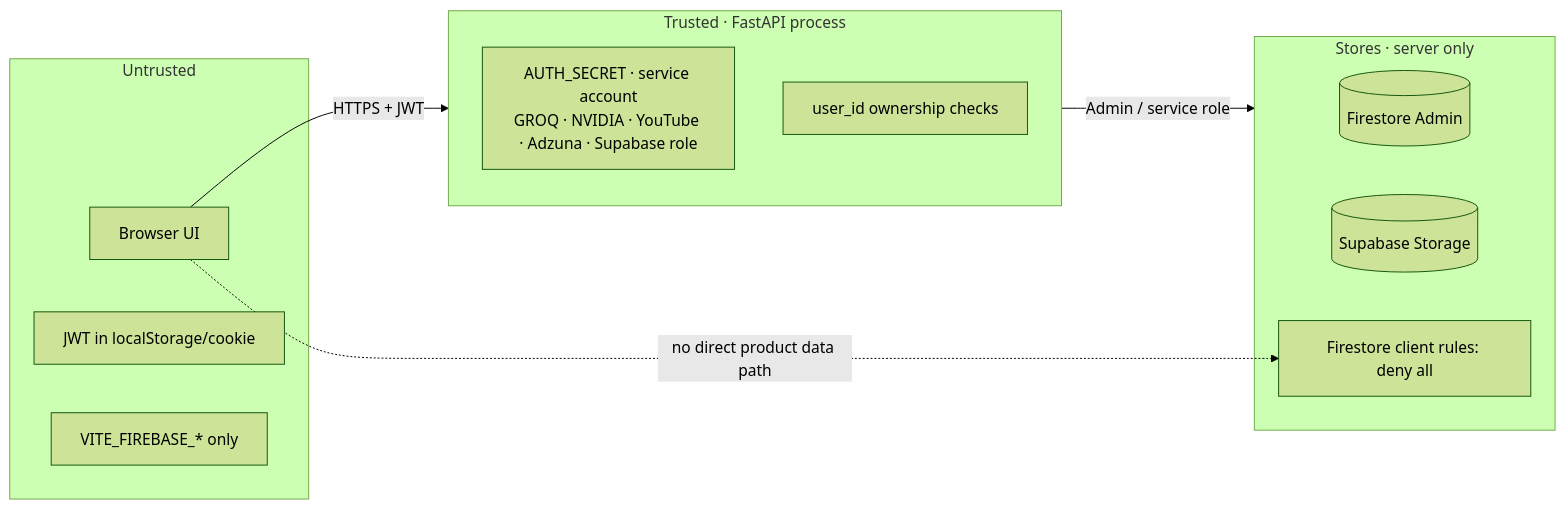
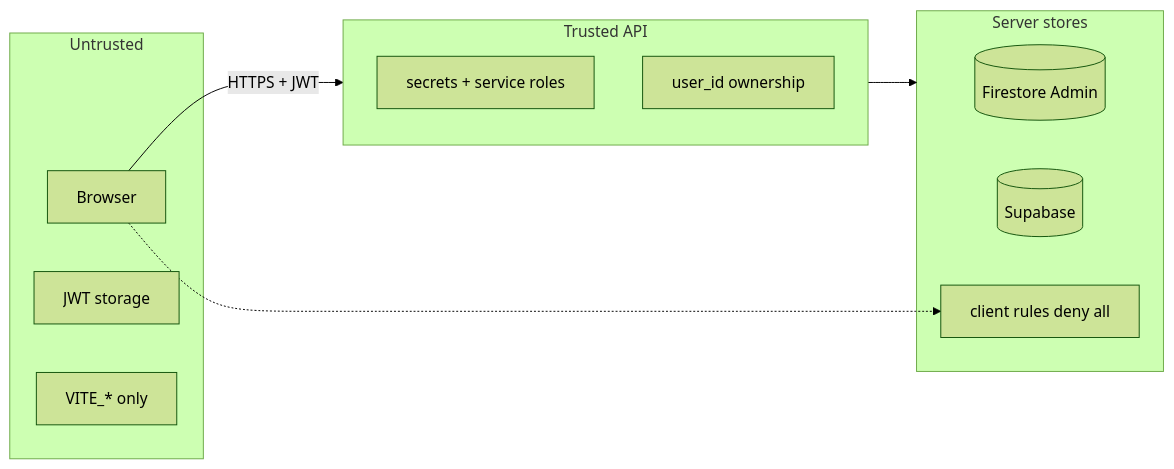
The eighth of 8 diagrams in docs/DOCUMENTATION.md (RonakkudalAI/AI-Career-Copilot), drawn with Mermaid (forest theme) before and after one commit. The commit also changed other lines of this file and 28 other files, not shown here.

````diff
--- a/docs/DOCUMENTATION.md
+++ b/docs/DOCUMENTATION.md
@@ -1227,23 +954,20 @@
 ```mermaid
 flowchart LR
   subgraph UNTRUSTED["Untrusted"]
-    B[Browser UI]
-    JWT[JWT in localStorage/cookie]
-    VITE[VITE_FIREBASE_* only]
+    B[Browser]
+    JWT[JWT storage]
+    VITE[VITE_* only]
   end
-
-  subgraph TRUSTED["Trusted · FastAPI process"]
-    SEC[AUTH_SECRET · service account<br/>GROQ · NVIDIA · YouTube · Adzuna · Supabase role]
-    OWN[user_id ownership checks]
+  subgraph TRUSTED["Trusted API"]
+    SEC[secrets + service roles]
+    OWN[user_id ownership]
   end
-
-  subgraph STORE["Stores · server only"]
+  subgraph STORE["Server stores"]
     FS[(Firestore Admin)]
-    ST[(Supabase Storage)]
-    DENY[Firestore client rules: deny all]
+    ST[(Supabase)]
+    DENY[client rules deny all]
   end
-
   B -->|HTTPS + JWT| TRUSTED
-  TRUSTED -->|Admin / service role| STORE
-  B -.->|no direct product data path| DENY
+  TRUSTED --> STORE
+  B -.-> DENY
 ```
````
